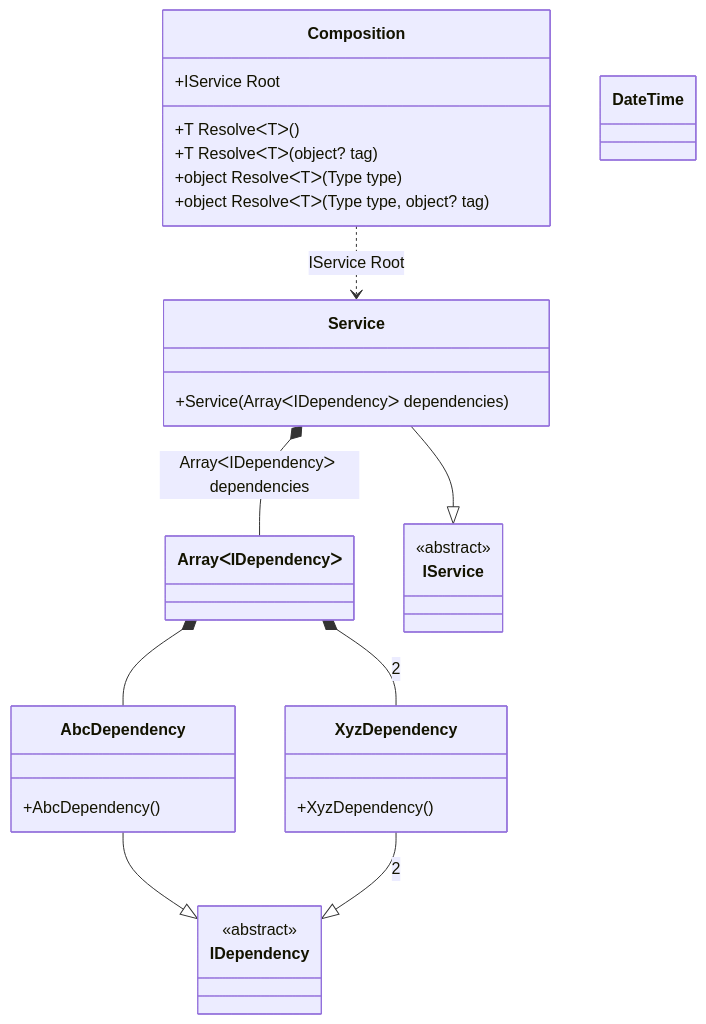
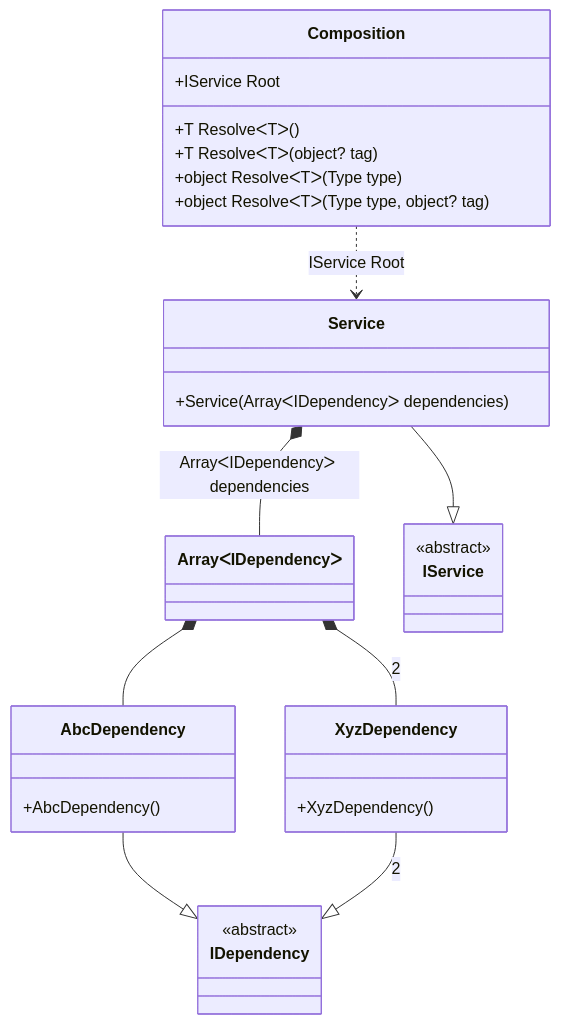
One commit to DevTeam/Pure.DI changed the diagram in readme/array.md. Above: the diagram before and after it, drawn with Mermaid. The commit also changed other lines of this file and 49 other files, not shown here.

````diff
--- a/readme/array.md
+++ b/readme/array.md
@@ -44,34 +44,33 @@
 ```mermaid
 classDiagram
   class Composition {
     +IService Root
     +T ResolveᐸTᐳ()
     +T ResolveᐸTᐳ(object? tag)
     +object ResolveᐸTᐳ(Type type)
     +object ResolveᐸTᐳ(Type type, object? tag)
   }
   class ArrayᐸIDependencyᐳ
   Service --|> IService : 
   class Service {
     +Service(ArrayᐸIDependencyᐳ dependencies)
   }
   AbcDependency --|> IDependency : 
   class AbcDependency {
     +AbcDependency()
   }
   XyzDependency --|> IDependency : 2 
   class XyzDependency {
     +XyzDependency()
   }
-  class DateTime
   class IService {
     <<abstract>>
   }
   class IDependency {
     <<abstract>>
   }
   ArrayᐸIDependencyᐳ *--  AbcDependency : 
   ArrayᐸIDependencyᐳ *--  XyzDependency : 2  
   Service *--  ArrayᐸIDependencyᐳ : ArrayᐸIDependencyᐳ dependencies
   Composition ..> Service : IService Root
 ```
````
